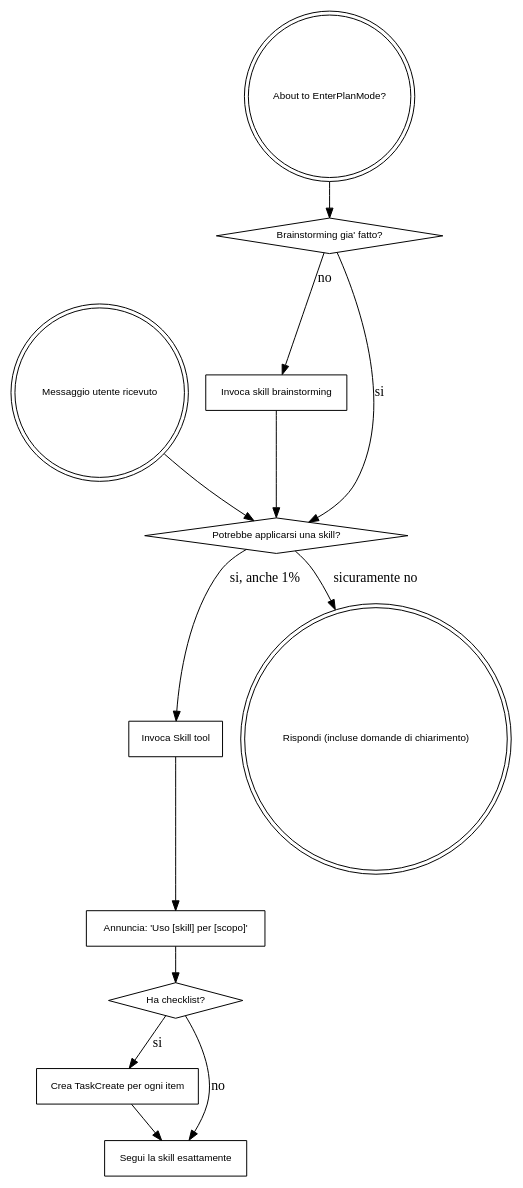
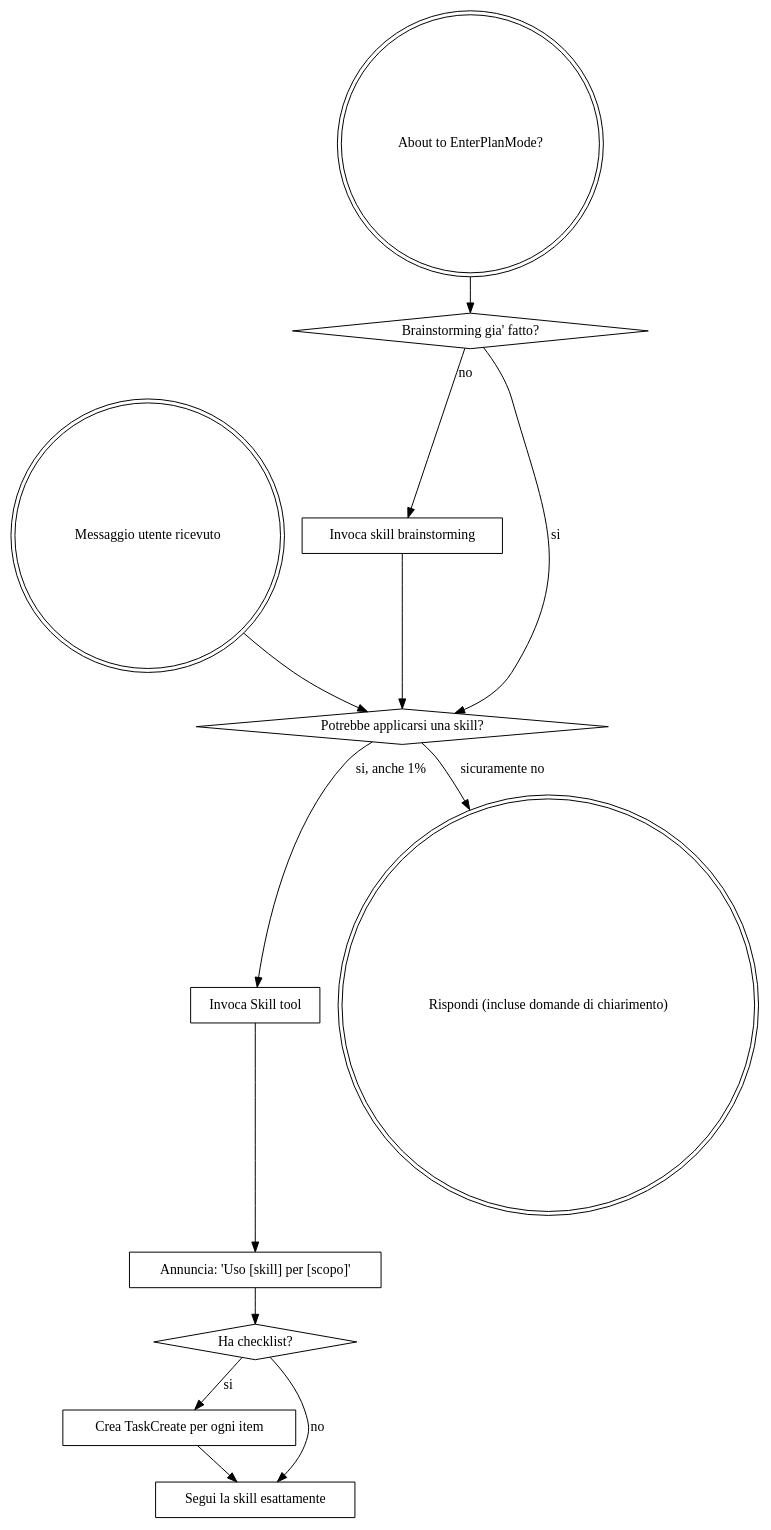
The diagram in skills/using-devforge/SKILL.md (itsiae/siae-dev-forge), drawn with Graphviz before and after one commit. The commit also changed other lines of this file and 1 other file, not shown here.

````diff
--- a/skills/using-devforge/SKILL.md
+++ b/skills/using-devforge/SKILL.md
@@ -48,32 +48,29 @@
 ```dot
 digraph skill_flow {
-    rankdir=TB;
-    node [fontname="Helvetica", fontsize=10];
-
     "Messaggio utente ricevuto" [shape=doublecircle];
     "About to EnterPlanMode?" [shape=doublecircle];
     "Brainstorming gia' fatto?" [shape=diamond];
     "Invoca skill brainstorming" [shape=box];
     "Potrebbe applicarsi una skill?" [shape=diamond];
     "Invoca Skill tool" [shape=box];
     "Annuncia: 'Uso [skill] per [scopo]'" [shape=box];
     "Ha checklist?" [shape=diamond];
     "Crea TaskCreate per ogni item" [shape=box];
     "Segui la skill esattamente" [shape=box];
     "Rispondi (incluse domande di chiarimento)" [shape=doublecircle];
 
     "About to EnterPlanMode?" -> "Brainstorming gia' fatto?";
     "Brainstorming gia' fatto?" -> "Invoca skill brainstorming" [label="no"];
     "Brainstorming gia' fatto?" -> "Potrebbe applicarsi una skill?" [label="si"];
     "Invoca skill brainstorming" -> "Potrebbe applicarsi una skill?";
 
     "Messaggio utente ricevuto" -> "Potrebbe applicarsi una skill?";
     "Potrebbe applicarsi una skill?" -> "Invoca Skill tool" [label="si, anche 1%"];
     "Potrebbe applicarsi una skill?" -> "Rispondi (incluse domande di chiarimento)" [label="sicuramente no"];
     "Invoca Skill tool" -> "Annuncia: 'Uso [skill] per [scopo]'";
     "Annuncia: 'Uso [skill] per [scopo]'" -> "Ha checklist?";
     "Ha checklist?" -> "Crea TaskCreate per ogni item" [label="si"];
     "Ha checklist?" -> "Segui la skill esattamente" [label="no"];
     "Crea TaskCreate per ogni item" -> "Segui la skill esattamente";
 }
 ```
````
